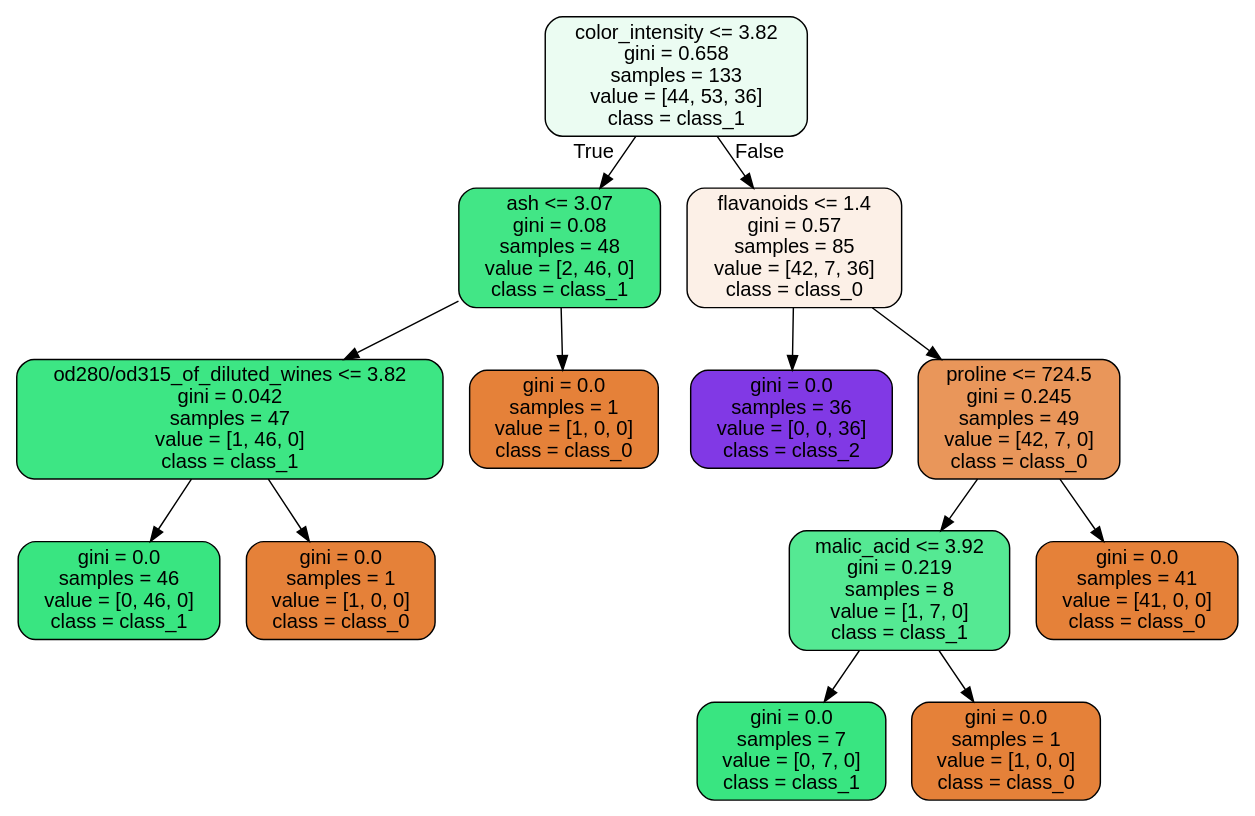
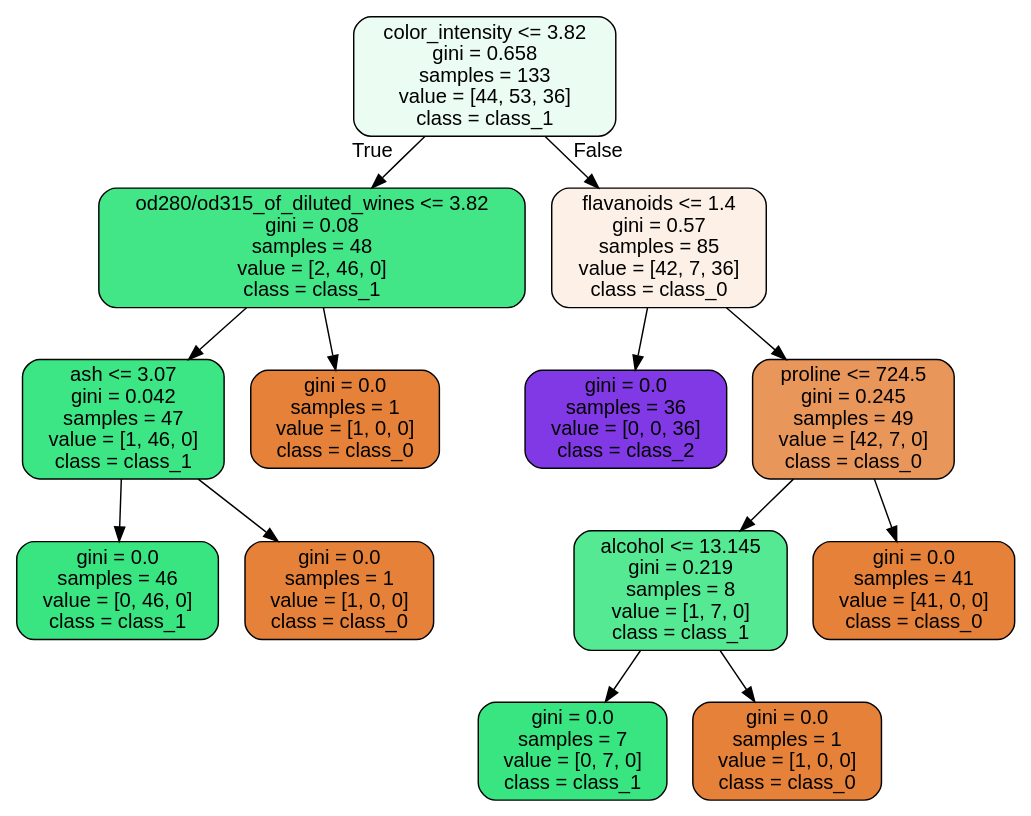
One commit to royhankamil/Machine-Learning-Project changed the diagram in Pelatihan_machung/klasifikasi _wine/decision_tree/tree.dot. Above: the diagram before and after it, drawn with Graphviz. The commit also changed 11 other files, not shown here.

```diff
--- a/Pelatihan_machung/klasifikasi _wine/decision_tree/tree.dot
+++ b/Pelatihan_machung/klasifikasi _wine/decision_tree/tree.dot
@@ -1,29 +1,29 @@
 digraph Tree {
 node [shape=box, style="filled, rounded", color="black", fontname="helvetica"] ;
 edge [fontname="helvetica"] ;
 0 [label="color_intensity <= 3.82\ngini = 0.658\nsamples = 133\nvalue = [44, 53, 36]\nclass = class_1", fillcolor="#ebfcf2"] ;
-1 [label="ash <= 3.07\ngini = 0.08\nsamples = 48\nvalue = [2, 46, 0]\nclass = class_1", fillcolor="#42e686"] ;
+1 [label="od280/od315_of_diluted_wines <= 3.82\ngini = 0.08\nsamples = 48\nvalue = [2, 46, 0]\nclass = class_1", fillcolor="#42e686"] ;
 0 -> 1 [labeldistance=2.5, labelangle=45, headlabel="True"] ;
-2 [label="od280/od315_of_diluted_wines <= 3.82\ngini = 0.042\nsamples = 47\nvalue = [1, 46, 0]\nclass = class_1", fillcolor="#3de684"] ;
+2 [label="ash <= 3.07\ngini = 0.042\nsamples = 47\nvalue = [1, 46, 0]\nclass = class_1", fillcolor="#3de684"] ;
 1 -> 2 ;
 3 [label="gini = 0.0\nsamples = 46\nvalue = [0, 46, 0]\nclass = class_1", fillcolor="#39e581"] ;
 2 -> 3 ;
 4 [label="gini = 0.0\nsamples = 1\nvalue = [1, 0, 0]\nclass = class_0", fillcolor="#e58139"] ;
 2 -> 4 ;
 5 [label="gini = 0.0\nsamples = 1\nvalue = [1, 0, 0]\nclass = class_0", fillcolor="#e58139"] ;
 1 -> 5 ;
 6 [label="flavanoids <= 1.4\ngini = 0.57\nsamples = 85\nvalue = [42, 7, 36]\nclass = class_0", fillcolor="#fcf0e7"] ;
 0 -> 6 [labeldistance=2.5, labelangle=-45, headlabel="False"] ;
 7 [label="gini = 0.0\nsamples = 36\nvalue = [0, 0, 36]\nclass = class_2", fillcolor="#8139e5"] ;
 6 -> 7 ;
 8 [label="proline <= 724.5\ngini = 0.245\nsamples = 49\nvalue = [42, 7, 0]\nclass = class_0", fillcolor="#e9965a"] ;
 6 -> 8 ;
-9 [label="malic_acid <= 3.92\ngini = 0.219\nsamples = 8\nvalue = [1, 7, 0]\nclass = class_1", fillcolor="#55e993"] ;
+9 [label="alcohol <= 13.145\ngini = 0.219\nsamples = 8\nvalue = [1, 7, 0]\nclass = class_1", fillcolor="#55e993"] ;
 8 -> 9 ;
 10 [label="gini = 0.0\nsamples = 7\nvalue = [0, 7, 0]\nclass = class_1", fillcolor="#39e581"] ;
 9 -> 10 ;
 11 [label="gini = 0.0\nsamples = 1\nvalue = [1, 0, 0]\nclass = class_0", fillcolor="#e58139"] ;
 9 -> 11 ;
 12 [label="gini = 0.0\nsamples = 41\nvalue = [41, 0, 0]\nclass = class_0", fillcolor="#e58139"] ;
 8 -> 12 ;
 }
```
